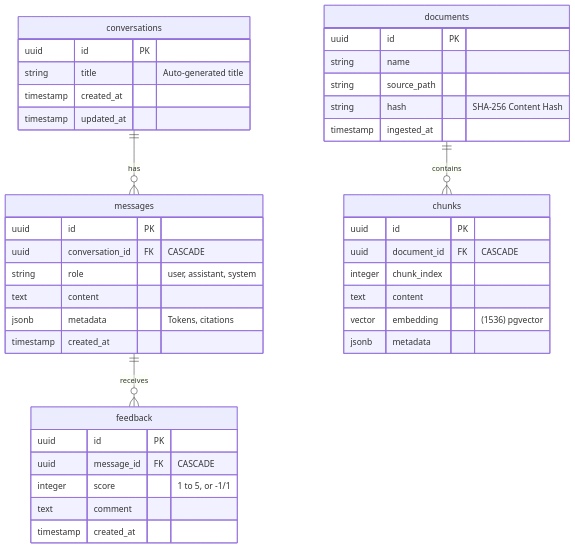
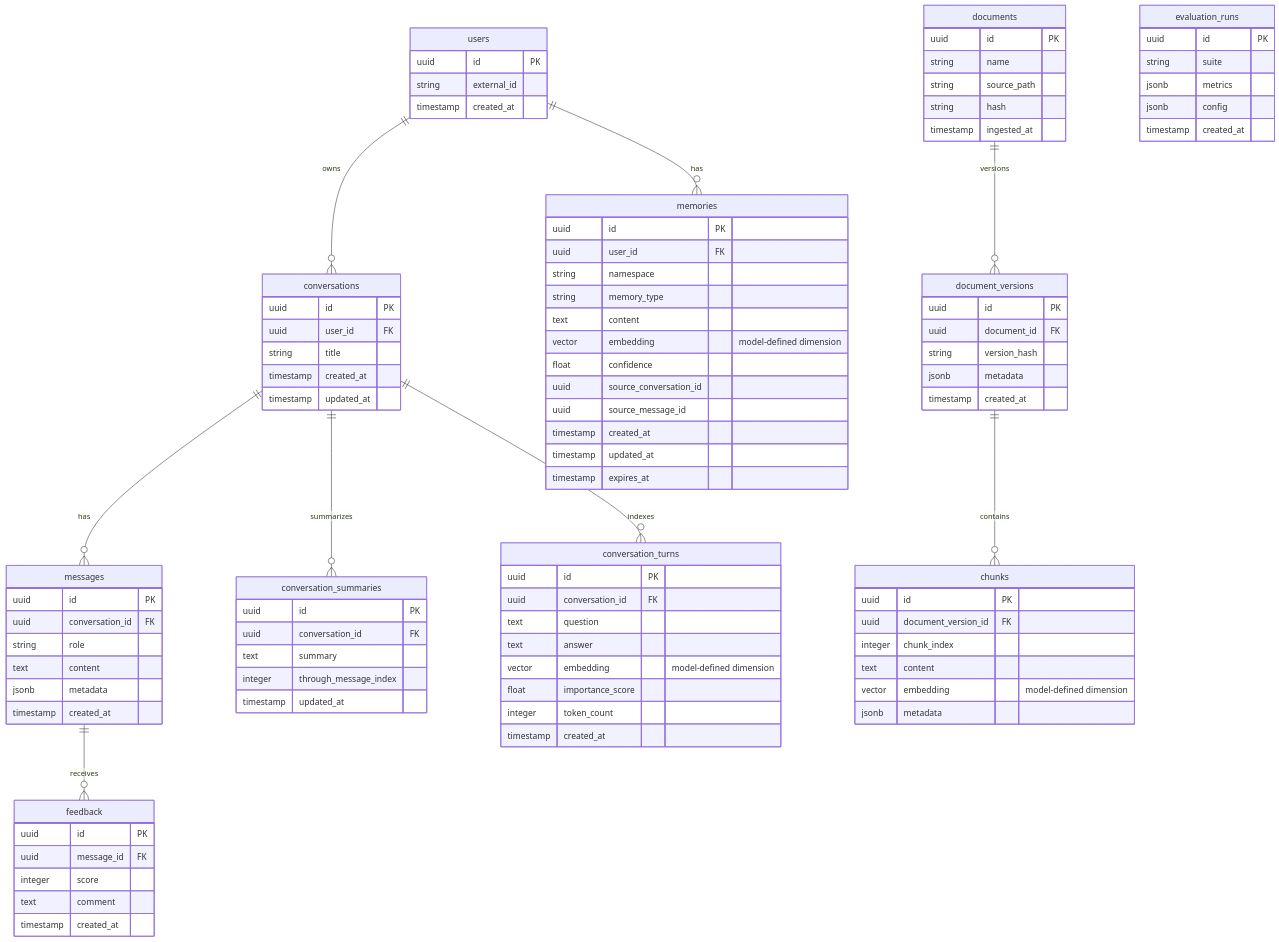
One commit to AliNikkhah2001/Work_Credit-RAG_Phase1 changed the first of 5 diagrams in README.md. Above: the diagram before and after it, drawn with Mermaid. The commit also changed other lines of this file, not shown here.

````diff
--- a/README.md
+++ b/README.md
@@ -191,47 +426,109 @@
 ```mermaid
 erDiagram
+    users {
+        uuid id PK
+        string external_id
+        timestamp created_at
+    }
+
     conversations {
         uuid id PK
-        string title "Auto-generated title"
+        uuid user_id FK
+        string title
         timestamp created_at
         timestamp updated_at
     }
 
     messages {
         uuid id PK
-        uuid conversation_id FK "CASCADE"
-        string role "user, assistant, system"
+        uuid conversation_id FK
+        string role
         text content
-        jsonb metadata "Tokens, citations"
+        jsonb metadata
         timestamp created_at
+    }
+
+    conversation_summaries {
+        uuid id PK
+        uuid conversation_id FK
+        text summary
+        integer through_message_index
+        timestamp updated_at
+    }
+
+    conversation_turns {
+        uuid id PK
+        uuid conversation_id FK
+        text question
+        text answer
+        vector embedding "model-defined dimension"
+        float importance_score
+        integer token_count
+        timestamp created_at
+    }
+
+    memories {
+        uuid id PK
+        uuid user_id FK
+        string namespace
+        string memory_type
+        text content
+        vector embedding "model-defined dimension"
+        float confidence
+        uuid source_conversation_id
+        uuid source_message_id
+        timestamp created_at
+        timestamp updated_at
+        timestamp expires_at
     }
 
     documents {
         uuid id PK
         string name
         string source_path
-        string hash "SHA-256 Content Hash"
+        string hash
         timestamp ingested_at
+    }
+
+    document_versions {
+        uuid id PK
+        uuid document_id FK
+        string version_hash
+        jsonb metadata
+        timestamp created_at
     }
 
     chunks {
         uuid id PK
-        uuid document_id FK "CASCADE"
+        uuid document_version_id FK
         integer chunk_index
         text content
-        vector embedding "(1536) pgvector"
+        vector embedding "model-defined dimension"
         jsonb metadata
     }
 
     feedback {
         uuid id PK
-        uuid message_id FK "CASCADE"
-        integer score "1 to 5, or -1/1"
+        uuid message_id FK
+        integer score
         text comment
         timestamp created_at
     }
 
-    conversations ||--o{ messages : "has"
-    messages ||--o{ feedback : "receives"
-    documents ||--o{ chunks : "contains"
+    evaluation_runs {
+        uuid id PK
+        string suite
+        jsonb metrics
+        jsonb config
+        timestamp created_at
+    }
+
+    users ||--o{ conversations : owns
+    users ||--o{ memories : has
+    conversations ||--o{ messages : has
+    conversations ||--o{ conversation_summaries : summarizes
+    conversations ||--o{ conversation_turns : indexes
+    messages ||--o{ feedback : receives
+    documents ||--o{ document_versions : versions
+    document_versions ||--o{ chunks : contains
 ```
````
